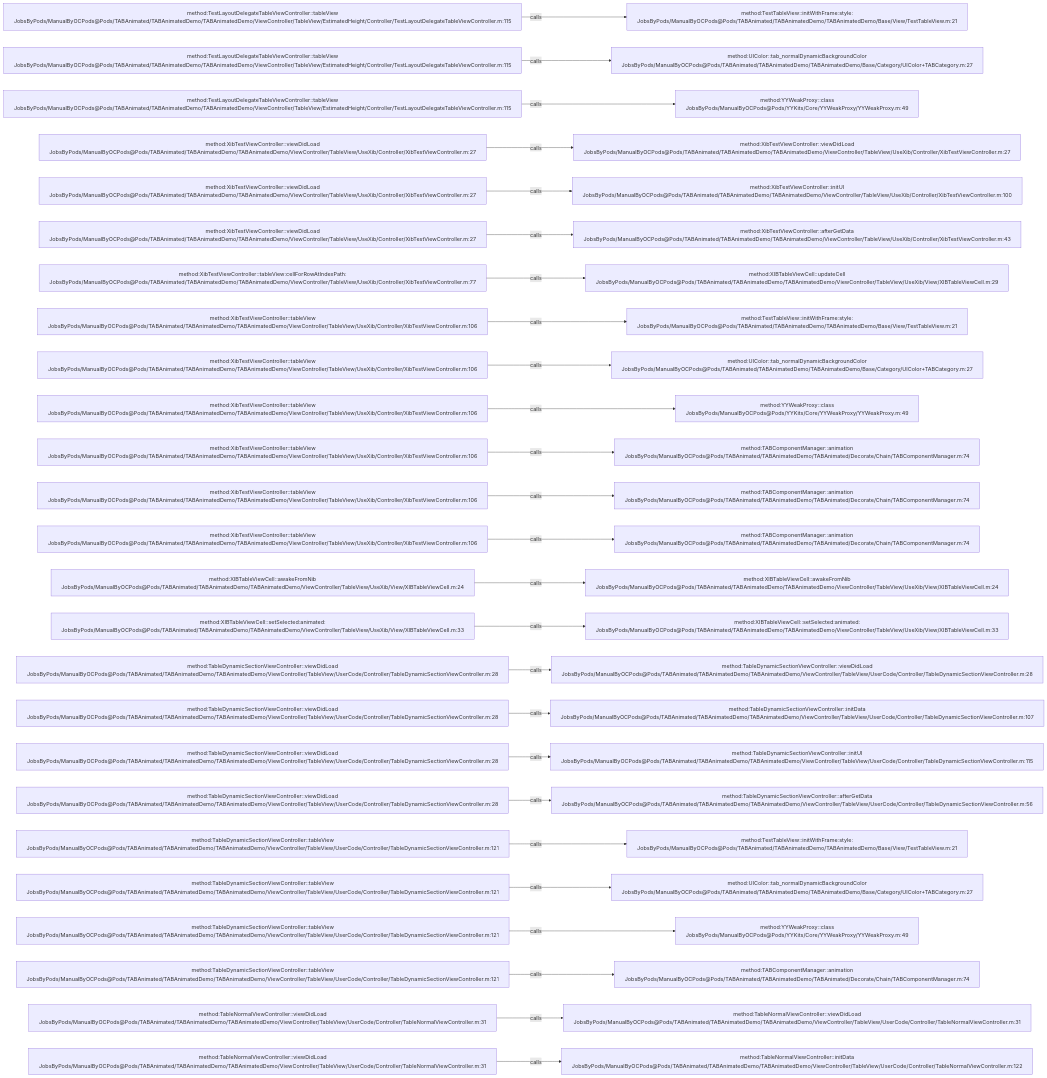
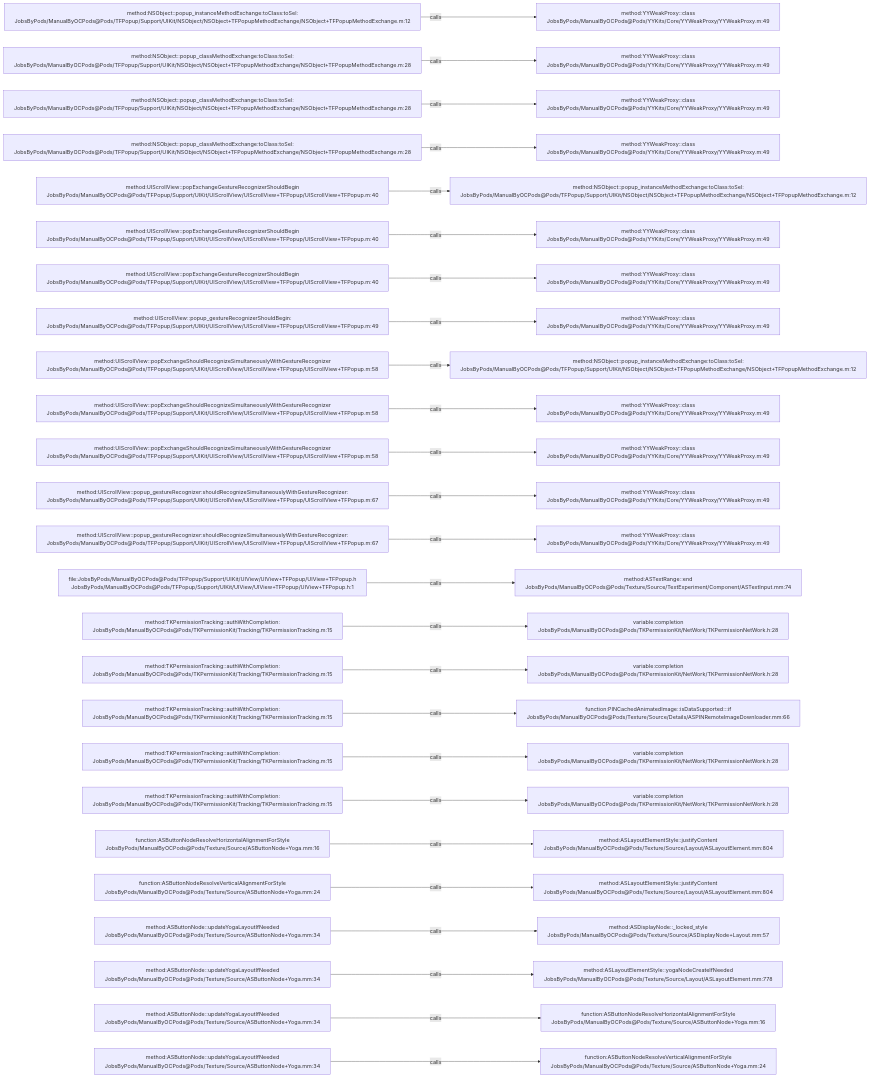
The diagram in .codegraph/codegraph.md/graphs/calls-056.md (JobsKits/JobsOCBaseConfigDemo), drawn with Mermaid before and after one commit. The commit also changed 2723 other files, not shown here.

````diff
--- a/.codegraph/codegraph.md/graphs/calls-056.md
+++ b/.codegraph/codegraph.md/graphs/calls-056.md
@@ -13,78 +13,78 @@
 ```mermaid
 flowchart LR
-  S1["method:TestLayoutDelegateTableViewController::tableView<br/>JobsByPods/ManualByOCPods@Pods/TABAnimated/TABAnimatedDemo/TABAnimatedDemo/ViewController/TableView/EstimatedHeight/Controller/TestLayoutDelegateTableViewController.m:115"]
-  T1["method:TestTableView::initWithFrame:style:<br/>JobsByPods/ManualByOCPods@Pods/TABAnimated/TABAnimatedDemo/TABAnimatedDemo/Base/View/TestTableView.m:21"]
+  S1["method:NSObject::popup_instanceMethodExchange:toClass:toSel:<br/>JobsByPods/ManualByOCPods@Pods/TFPopup/Support/UIKit/NSObject/NSObject+TFPopupMethodExchange/NSObject+TFPopupMethodExchange.m:12"]
+  T1["method:YYWeakProxy::class<br/>JobsByPods/ManualByOCPods@Pods/YYKits/Core/YYWeakProxy/YYWeakProxy.m:49"]
   S1 -->|calls| T1
-  S2["method:TestLayoutDelegateTableViewController::tableView<br/>JobsByPods/ManualByOCPods@Pods/TABAnimated/TABAnimatedDemo/TABAnimatedDemo/ViewController/TableView/EstimatedHeight/Controller/TestLayoutDelegateTableViewController.m:115"]
-  T2["method:UIColor::tab_normalDynamicBackgroundColor<br/>JobsByPods/ManualByOCPods@Pods/TABAnimated/TABAnimatedDemo/TABAnimatedDemo/Base/Category/UIColor+TABCategory.m:27"]
+  S2["method:NSObject::popup_classMethodExchange:toClass:toSel:<br/>JobsByPods/ManualByOCPods@Pods/TFPopup/Support/UIKit/NSObject/NSObject+TFPopupMethodExchange/NSObject+TFPopupMethodExchange.m:28"]
+  T2["method:YYWeakProxy::class<br/>JobsByPods/ManualByOCPods@Pods/YYKits/Core/YYWeakProxy/YYWeakProxy.m:49"]
   S2 -->|calls| T2
-  S3["method:TestLayoutDelegateTableViewController::tableView<br/>JobsByPods/ManualByOCPods@Pods/TABAnimated/TABAnimatedDemo/TABAnimatedDemo/ViewController/TableView/EstimatedHeight/Controller/TestLayoutDelegateTableViewController.m:115"]
+  S3["method:NSObject::popup_classMethodExchange:toClass:toSel:<br/>JobsByPods/ManualByOCPods@Pods/TFPopup/Support/UIKit/NSObject/NSObject+TFPopupMethodExchange/NSObject+TFPopupMethodExchange.m:28"]
   T3["method:YYWeakProxy::class<br/>JobsByPods/ManualByOCPods@Pods/YYKits/Core/YYWeakProxy/YYWeakProxy.m:49"]
   S3 -->|calls| T3
-  S4["method:XibTestViewController::viewDidLoad<br/>JobsByPods/ManualByOCPods@Pods/TABAnimated/TABAnimatedDemo/TABAnimatedDemo/ViewController/TableView/UseXib/Controller/XibTestViewController.m:27"]
-  T4["method:XibTestViewController::viewDidLoad<br/>JobsByPods/ManualByOCPods@Pods/TABAnimated/TABAnimatedDemo/TABAnimatedDemo/ViewController/TableView/UseXib/Controller/XibTestViewController.m:27"]
+  S4["method:NSObject::popup_classMethodExchange:toClass:toSel:<br/>JobsByPods/ManualByOCPods@Pods/TFPopup/Support/UIKit/NSObject/NSObject+TFPopupMethodExchange/NSObject+TFPopupMethodExchange.m:28"]
+  T4["method:YYWeakProxy::class<br/>JobsByPods/ManualByOCPods@Pods/YYKits/Core/YYWeakProxy/YYWeakProxy.m:49"]
   S4 -->|calls| T4
-  S5["method:XibTestViewController::viewDidLoad<br/>JobsByPods/ManualByOCPods@Pods/TABAnimated/TABAnimatedDemo/TABAnimatedDemo/ViewController/TableView/UseXib/Controller/XibTestViewController.m:27"]
-  T5["method:XibTestViewController::initUI<br/>JobsByPods/ManualByOCPods@Pods/TABAnimated/TABAnimatedDemo/TABAnimatedDemo/ViewController/TableView/UseXib/Controller/XibTestViewController.m:100"]
+  S5["method:UIScrollView::popExchangeGestureRecognizerShouldBegin<br/>JobsByPods/ManualByOCPods@Pods/TFPopup/Support/UIKit/UIScrollView/UIScrollView+TFPopup/UIScrollView+TFPopup.m:40"]
+  T5["method:NSObject::popup_instanceMethodExchange:toClass:toSel:<br/>JobsByPods/ManualByOCPods@Pods/TFPopup/Support/UIKit/NSObject/NSObject+TFPopupMethodExchange/NSObject+TFPopupMethodExchange.m:12"]
   S5 -->|calls| T5
-  S6["method:XibTestViewController::viewDidLoad<br/>JobsByPods/ManualByOCPods@Pods/TABAnimated/TABAnimatedDemo/TABAnimatedDemo/ViewController/TableView/UseXib/Controller/XibTestViewController.m:27"]
-  T6["method:XibTestViewController::afterGetData<br/>JobsByPods/ManualByOCPods@Pods/TABAnimated/TABAnimatedDemo/TABAnimatedDemo/ViewController/TableView/UseXib/Controller/XibTestViewController.m:43"]
+  S6["method:UIScrollView::popExchangeGestureRecognizerShouldBegin<br/>JobsByPods/ManualByOCPods@Pods/TFPopup/Support/UIKit/UIScrollView/UIScrollView+TFPopup/UIScrollView+TFPopup.m:40"]
+  T6["method:YYWeakProxy::class<br/>JobsByPods/ManualByOCPods@Pods/YYKits/Core/YYWeakProxy/YYWeakProxy.m:49"]
   S6 -->|calls| T6
-  S7["method:XibTestViewController::tableView:cellForRowAtIndexPath:<br/>JobsByPods/ManualByOCPods@Pods/TABAnimated/TABAnimatedDemo/TABAnimatedDemo/ViewController/TableView/UseXib/Controller/XibTestViewController.m:77"]
-  T7["method:XIBTableViewCell::updateCell<br/>JobsByPods/ManualByOCPods@Pods/TABAnimated/TABAnimatedDemo/TABAnimatedDemo/ViewController/TableView/UseXib/View/XIBTableViewCell.m:29"]
+  S7["method:UIScrollView::popExchangeGestureRecognizerShouldBegin<br/>JobsByPods/ManualByOCPods@Pods/TFPopup/Support/UIKit/UIScrollView/UIScrollView+TFPopup/UIScrollView+TFPopup.m:40"]
+  T7["method:YYWeakProxy::class<br/>JobsByPods/ManualByOCPods@Pods/YYKits/Core/YYWeakProxy/YYWeakProxy.m:49"]
   S7 -->|calls| T7
-  S8["method:XibTestViewController::tableView<br/>JobsByPods/ManualByOCPods@Pods/TABAnimated/TABAnimatedDemo/TABAnimatedDemo/ViewController/TableView/UseXib/Controller/XibTestViewController.m:106"]
-  T8["method:TestTableView::initWithFrame:style:<br/>JobsByPods/ManualByOCPods@Pods/TABAnimated/TABAnimatedDemo/TABAnimatedDemo/Base/View/TestTableView.m:21"]
+  S8["method:UIScrollView::popup_gestureRecognizerShouldBegin:<br/>JobsByPods/ManualByOCPods@Pods/TFPopup/Support/UIKit/UIScrollView/UIScrollView+TFPopup/UIScrollView+TFPopup.m:49"]
+  T8["method:YYWeakProxy::class<br/>JobsByPods/ManualByOCPods@Pods/YYKits/Core/YYWeakProxy/YYWeakProxy.m:49"]
   S8 -->|calls| T8
-  S9["method:XibTestViewController::tableView<br/>JobsByPods/ManualByOCPods@Pods/TABAnimated/TABAnimatedDemo/TABAnimatedDemo/ViewController/TableView/UseXib/Controller/XibTestViewController.m:106"]
-  T9["method:UIColor::tab_normalDynamicBackgroundColor<br/>JobsByPods/ManualByOCPods@Pods/TABAnimated/TABAnimatedDemo/TABAnimatedDemo/Base/Category/UIColor+TABCategory.m:27"]
+  S9["method:UIScrollView::popExchangeShouldRecognizeSimultaneouslyWithGestureRecognizer<br/>JobsByPods/ManualByOCPods@Pods/TFPopup/Support/UIKit/UIScrollView/UIScrollView+TFPopup/UIScrollView+TFPopup.m:58"]
+  T9["method:NSObject::popup_instanceMethodExchange:toClass:toSel:<br/>JobsByPods/ManualByOCPods@Pods/TFPopup/Support/UIKit/NSObject/NSObject+TFPopupMethodExchange/NSObject+TFPopupMethodExchange.m:12"]
   S9 -->|calls| T9
-  S10["method:XibTestViewController::tableView<br/>JobsByPods/ManualByOCPods@Pods/TABAnimated/TABAnimatedDemo/TABAnimatedDemo/ViewController/TableView/UseXib/Controller/XibTestViewController.m:106"]
+  S10["method:UIScrollView::popExchangeShouldRecognizeSimultaneouslyWithGestureRecognizer<br/>JobsByPods/ManualByOCPods@Pods/TFPopup/Support/UIKit/UIScrollView/UIScrollView+TFPopup/UIScrollView+TFPopup.m:58"]
   T10["method:YYWeakProxy::class<br/>JobsByPods/ManualByOCPods@Pods/YYKits/Core/YYWeakProxy/YYWeakProxy.m:49"]
   S10 -->|calls| T10
-  S11["method:XibTestViewController::tableView<br/>JobsByPods/ManualByOCPods@Pods/TABAnimated/TABAnimatedDemo/TABAnimatedDemo/ViewController/TableView/UseXib/Controller/XibTestViewController.m:106"]
-  T11["method:TABComponentManager::animation<br/>JobsByPods/ManualByOCPods@Pods/TABAnimated/TABAnimatedDemo/TABAnimated/Decorate/Chain/TABComponentManager.m:74"]
+  S11["method:UIScrollView::popExchangeShouldRecognizeSimultaneouslyWithGestureRecognizer<br/>JobsByPods/ManualByOCPods@Pods/TFPopup/Support/UIKit/UIScrollView/UIScrollView+TFPopup/UIScrollView+TFPopup.m:58"]
+  T11["method:YYWeakProxy::class<br/>JobsByPods/ManualByOCPods@Pods/YYKits/Core/YYWeakProxy/YYWeakProxy.m:49"]
   S11 -->|calls| T11
-  S12["method:XibTestViewController::tableView<br/>JobsByPods/ManualByOCPods@Pods/TABAnimated/TABAnimatedDemo/TABAnimatedDemo/ViewController/TableView/UseXib/Controller/XibTestViewController.m:106"]
-  T12["method:TABComponentManager::animation<br/>JobsByPods/ManualByOCPods@Pods/TABAnimated/TABAnimatedDemo/TABAnimated/Decorate/Chain/TABComponentManager.m:74"]
+  S12["method:UIScrollView::popup_gestureRecognizer:shouldRecognizeSimultaneouslyWithGestureRecognizer:<br/>JobsByPods/ManualByOCPods@Pods/TFPopup/Support/UIKit/UIScrollView/UIScrollView+TFPopup/UIScrollView+TFPopup.m:67"]
+  T12["method:YYWeakProxy::class<br/>JobsByPods/ManualByOCPods@Pods/YYKits/Core/YYWeakProxy/YYWeakProxy.m:49"]
   S12 -->|calls| T12
-  S13["method:XibTestViewController::tableView<br/>JobsByPods/ManualByOCPods@Pods/TABAnimated/TABAnimatedDemo/TABAnimatedDemo/ViewController/TableView/UseXib/Controller/XibTestViewController.m:106"]
-  T13["method:TABComponentManager::animation<br/>JobsByPods/ManualByOCPods@Pods/TABAnimated/TABAnimatedDemo/TABAnimated/Decorate/Chain/TABComponentManager.m:74"]
+  S13["method:UIScrollView::popup_gestureRecognizer:shouldRecognizeSimultaneouslyWithGestureRecognizer:<br/>JobsByPods/ManualByOCPods@Pods/TFPopup/Support/UIKit/UIScrollView/UIScrollView+TFPopup/UIScrollView+TFPopup.m:67"]
+  T13["method:YYWeakProxy::class<br/>JobsByPods/ManualByOCPods@Pods/YYKits/Core/YYWeakProxy/YYWeakProxy.m:49"]
   S13 -->|calls| T13
-  S14["method:XIBTableViewCell::awakeFromNib<br/>JobsByPods/ManualByOCPods@Pods/TABAnimated/TABAnimatedDemo/TABAnimatedDemo/ViewController/TableView/UseXib/View/XIBTableViewCell.m:24"]
-  T14["method:XIBTableViewCell::awakeFromNib<br/>JobsByPods/ManualByOCPods@Pods/TABAnimated/TABAnimatedDemo/TABAnimatedDemo/ViewController/TableView/UseXib/View/XIBTableViewCell.m:24"]
+  S14["file:JobsByPods/ManualByOCPods@Pods/TFPopup/Support/UIKit/UIView/UIView+TFPopup/UIView+TFPopup.h<br/>JobsByPods/ManualByOCPods@Pods/TFPopup/Support/UIKit/UIView/UIView+TFPopup/UIView+TFPopup.h:1"]
+  T14["method:ASTextRange::end<br/>JobsByPods/ManualByOCPods@Pods/Texture/Source/TextExperiment/Component/ASTextInput.mm:74"]
   S14 -->|calls| T14
-  S15["method:XIBTableViewCell::setSelected:animated:<br/>JobsByPods/ManualByOCPods@Pods/TABAnimated/TABAnimatedDemo/TABAnimatedDemo/ViewController/TableView/UseXib/View/XIBTableViewCell.m:33"]
-  T15["method:XIBTableViewCell::setSelected:animated:<br/>JobsByPods/ManualByOCPods@Pods/TABAnimated/TABAnimatedDemo/TABAnimatedDemo/ViewController/TableView/UseXib/View/XIBTableViewCell.m:33"]
+  S15["method:TKPermissionTracking::authWithCompletion:<br/>JobsByPods/ManualByOCPods@Pods/TKPermissionKit/Tracking/TKPermissionTracking.m:15"]
+  T15["variable:completion<br/>JobsByPods/ManualByOCPods@Pods/TKPermissionKit/NetWork/TKPermissionNetWork.h:28"]
   S15 -->|calls| T15
-  S16["method:TableDynamicSectionViewController::viewDidLoad<br/>JobsByPods/ManualByOCPods@Pods/TABAnimated/TABAnimatedDemo/TABAnimatedDemo/ViewController/TableView/UserCode/Controller/TableDynamicSectionViewController.m:28"]
-  T16["method:TableDynamicSectionViewController::viewDidLoad<br/>JobsByPods/ManualByOCPods@Pods/TABAnimated/TABAnimatedDemo/TABAnimatedDemo/ViewController/TableView/UserCode/Controller/TableDynamicSectionViewController.m:28"]
+  S16["method:TKPermissionTracking::authWithCompletion:<br/>JobsByPods/ManualByOCPods@Pods/TKPermissionKit/Tracking/TKPermissionTracking.m:15"]
+  T16["variable:completion<br/>JobsByPods/ManualByOCPods@Pods/TKPermissionKit/NetWork/TKPermissionNetWork.h:28"]
   S16 -->|calls| T16
-  S17["method:TableDynamicSectionViewController::viewDidLoad<br/>JobsByPods/ManualByOCPods@Pods/TABAnimated/TABAnimatedDemo/TABAnimatedDemo/ViewController/TableView/UserCode/Controller/TableDynamicSectionViewController.m:28"]
-  T17["method:TableDynamicSectionViewController::initData<br/>JobsByPods/ManualByOCPods@Pods/TABAnimated/TABAnimatedDemo/TABAnimatedDemo/ViewController/TableView/UserCode/Controller/TableDynamicSectionViewController.m:107"]
+  S17["method:TKPermissionTracking::authWithCompletion:<br/>JobsByPods/ManualByOCPods@Pods/TKPermissionKit/Tracking/TKPermissionTracking.m:15"]
+  T17["function:PINCachedAnimatedImage::isDataSupported:::if<br/>JobsByPods/ManualByOCPods@Pods/Texture/Source/Details/ASPINRemoteImageDownloader.mm:66"]
   S17 -->|calls| T17
-  S18["method:TableDynamicSectionViewController::viewDidLoad<br/>JobsByPods/ManualByOCPods@Pods/TABAnimated/TABAnimatedDemo/TABAnimatedDemo/ViewController/TableView/UserCode/Controller/TableDynamicSectionViewController.m:28"]
-  T18["method:TableDynamicSectionViewController::initUI<br/>JobsByPods/ManualByOCPods@Pods/TABAnimated/TABAnimatedDemo/TABAnimatedDemo/ViewController/TableView/UserCode/Controller/TableDynamicSectionViewController.m:115"]
+  S18["method:TKPermissionTracking::authWithCompletion:<br/>JobsByPods/ManualByOCPods@Pods/TKPermissionKit/Tracking/TKPermissionTracking.m:15"]
+  T18["variable:completion<br/>JobsByPods/ManualByOCPods@Pods/TKPermissionKit/NetWork/TKPermissionNetWork.h:28"]
   S18 -->|calls| T18
-  S19["method:TableDynamicSectionViewController::viewDidLoad<br/>JobsByPods/ManualByOCPods@Pods/TABAnimated/TABAnimatedDemo/TABAnimatedDemo/ViewController/TableView/UserCode/Controller/TableDynamicSectionViewController.m:28"]
-  T19["method:TableDynamicSectionViewController::afterGetData<br/>JobsByPods/ManualByOCPods@Pods/TABAnimated/TABAnimatedDemo/TABAnimatedDemo/ViewController/TableView/UserCode/Controller/TableDynamicSectionViewController.m:56"]
+  S19["method:TKPermissionTracking::authWithCompletion:<br/>JobsByPods/ManualByOCPods@Pods/TKPermissionKit/Tracking/TKPermissionTracking.m:15"]
+  T19["variable:completion<br/>JobsByPods/ManualByOCPods@Pods/TKPermissionKit/NetWork/TKPermissionNetWork.h:28"]
   S19 -->|calls| T19
-  S20["method:TableDynamicSectionViewController::tableView<br/>JobsByPods/ManualByOCPods@Pods/TABAnimated/TABAnimatedDemo/TABAnimatedDemo/ViewController/TableView/UserCode/Controller/TableDynamicSectionViewController.m:121"]
-  T20["method:TestTableView::initWithFrame:style:<br/>JobsByPods/ManualByOCPods@Pods/TABAnimated/TABAnimatedDemo/TABAnimatedDemo/Base/View/TestTableView.m:21"]
+  S20["function:ASButtonNodeResolveHorizontalAlignmentForStyle<br/>JobsByPods/ManualByOCPods@Pods/Texture/Source/ASButtonNode+Yoga.mm:16"]
+  T20["method:ASLayoutElementStyle::justifyContent<br/>JobsByPods/ManualByOCPods@Pods/Texture/Source/Layout/ASLayoutElement.mm:804"]
   S20 -->|calls| T20
-  S21["method:TableDynamicSectionViewController::tableView<br/>JobsByPods/ManualByOCPods@Pods/TABAnimated/TABAnimatedDemo/TABAnimatedDemo/ViewController/TableView/UserCode/Controller/TableDynamicSectionViewController.m:121"]
-  T21["method:UIColor::tab_normalDynamicBackgroundColor<br/>JobsByPods/ManualByOCPods@Pods/TABAnimated/TABAnimatedDemo/TABAnimatedDemo/Base/Category/UIColor+TABCategory.m:27"]
+  S21["function:ASButtonNodeResolveVerticalAlignmentForStyle<br/>JobsByPods/ManualByOCPods@Pods/Texture/Source/ASButtonNode+Yoga.mm:24"]
+  T21["method:ASLayoutElementStyle::justifyContent<br/>JobsByPods/ManualByOCPods@Pods/Texture/Source/Layout/ASLayoutElement.mm:804"]
   S21 -->|calls| T21
-  S22["method:TableDynamicSectionViewController::tableView<br/>JobsByPods/ManualByOCPods@Pods/TABAnimated/TABAnimatedDemo/TABAnimatedDemo/ViewController/TableView/UserCode/Controller/TableDynamicSectionViewController.m:121"]
-  T22["method:YYWeakProxy::class<br/>JobsByPods/ManualByOCPods@Pods/YYKits/Core/YYWeakProxy/YYWeakProxy.m:49"]
+  S22["method:ASButtonNode::updateYogaLayoutIfNeeded<br/>JobsByPods/ManualByOCPods@Pods/Texture/Source/ASButtonNode+Yoga.mm:34"]
+  T22["method:ASDisplayNode::_locked_style<br/>JobsByPods/ManualByOCPods@Pods/Texture/Source/ASDisplayNode+Layout.mm:57"]
   S22 -->|calls| T22
-  S23["method:TableDynamicSectionViewController::tableView<br/>JobsByPods/ManualByOCPods@Pods/TABAnimated/TABAnimatedDemo/TABAnimatedDemo/ViewController/TableView/UserCode/Controller/TableDynamicSectionViewController.m:121"]
-  T23["method:TABComponentManager::animation<br/>JobsByPods/ManualByOCPods@Pods/TABAnimated/TABAnimatedDemo/TABAnimated/Decorate/Chain/TABComponentManager.m:74"]
+  S23["method:ASButtonNode::updateYogaLayoutIfNeeded<br/>JobsByPods/ManualByOCPods@Pods/Texture/Source/ASButtonNode+Yoga.mm:34"]
+  T23["method:ASLayoutElementStyle::yogaNodeCreateIfNeeded<br/>JobsByPods/ManualByOCPods@Pods/Texture/Source/Layout/ASLayoutElement.mm:778"]
   S23 -->|calls| T23
-  S24["method:TableNormalViewController::viewDidLoad<br/>JobsByPods/ManualByOCPods@Pods/TABAnimated/TABAnimatedDemo/TABAnimatedDemo/ViewController/TableView/UserCode/Controller/TableNormalViewController.m:31"]
-  T24["method:TableNormalViewController::viewDidLoad<br/>JobsByPods/ManualByOCPods@Pods/TABAnimated/TABAnimatedDemo/TABAnimatedDemo/ViewController/TableView/UserCode/Controller/TableNormalViewController.m:31"]
+  S24["method:ASButtonNode::updateYogaLayoutIfNeeded<br/>JobsByPods/ManualByOCPods@Pods/Texture/Source/ASButtonNode+Yoga.mm:34"]
+  T24["function:ASButtonNodeResolveHorizontalAlignmentForStyle<br/>JobsByPods/ManualByOCPods@Pods/Texture/Source/ASButtonNode+Yoga.mm:16"]
   S24 -->|calls| T24
-  S25["method:TableNormalViewController::viewDidLoad<br/>JobsByPods/ManualByOCPods@Pods/TABAnimated/TABAnimatedDemo/TABAnimatedDemo/ViewController/TableView/UserCode/Controller/TableNormalViewController.m:31"]
-  T25["method:TableNormalViewController::initData<br/>JobsByPods/ManualByOCPods@Pods/TABAnimated/TABAnimatedDemo/TABAnimatedDemo/ViewController/TableView/UserCode/Controller/TableNormalViewController.m:122"]
+  S25["method:ASButtonNode::updateYogaLayoutIfNeeded<br/>JobsByPods/ManualByOCPods@Pods/Texture/Source/ASButtonNode+Yoga.mm:34"]
+  T25["function:ASButtonNodeResolveVerticalAlignmentForStyle<br/>JobsByPods/ManualByOCPods@Pods/Texture/Source/ASButtonNode+Yoga.mm:24"]
   S25 -->|calls| T25
 ```
````
